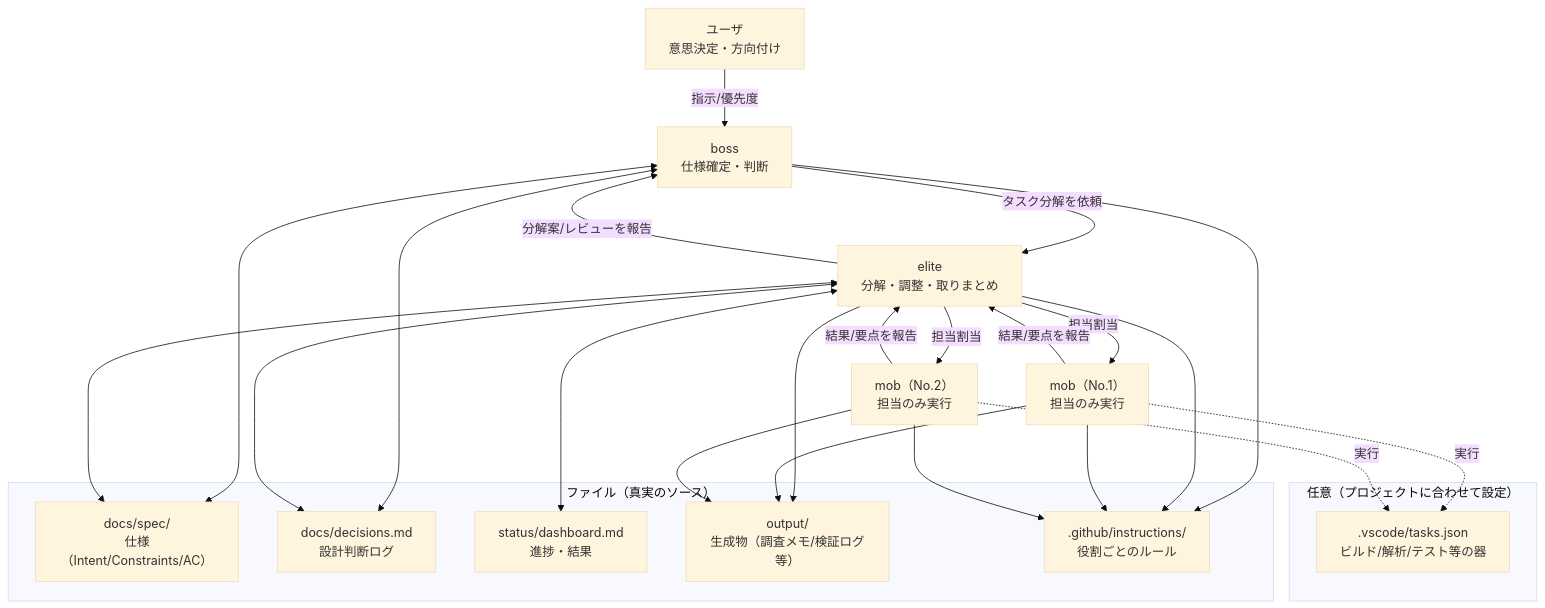
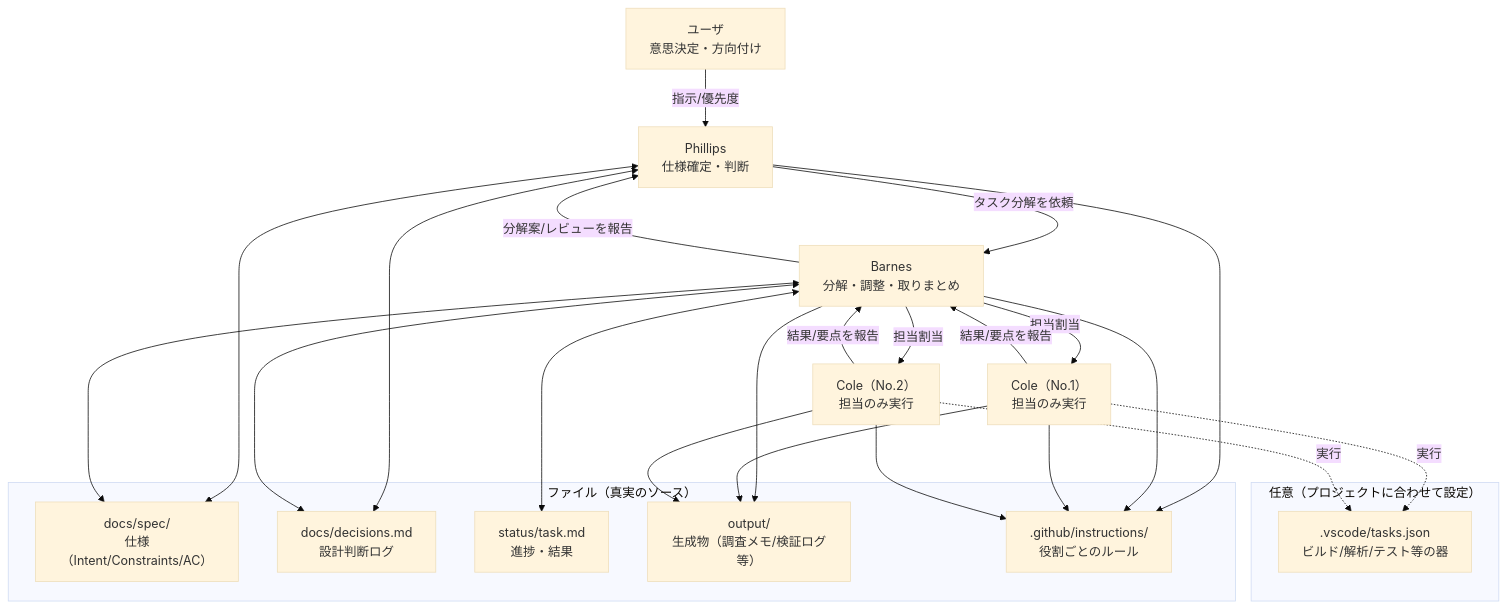
The diagram in README.md (Yosuke-Hayakawa/BaseSystem_YpVer), drawn with Mermaid (base theme) before and after one commit. The commit also changed other lines of this file and 47 other files, not shown here.

First line of the commit message:
refactor: boss/elite/mob体制をIMF 4エージェント体制(Phillips/Cole/Barnes/Volkova)に全面移行

````diff
--- a/README.md
+++ b/README.md
@@ -15,37 +15,37 @@
 ```mermaid
 flowchart TB
-	U[ユーザ\n意思決定・方向付け] -->|指示/優先度| S[boss\n仕様確定・判断]
-	S -->|タスク分解を依頼| K[elite\n分解・調整・取りまとめ]
-	K -->|担当割当| A1[mob（No.1）\n担当のみ実行]
-	K -->|担当割当| A2[mob（No.2）\n担当のみ実行]
+	U[ユーザ\n意思決定・方向付け] -->|指示/優先度| S[Phillips\n仕様確定・判断]
+	S -->|タスク分解を依頼| K[Barnes\n分解・調整・取りまとめ]
+	K -->|担当割当| A1[Cole（No.1）\n担当のみ実行]
+	K -->|担当割当| A2[Cole（No.2）\n担当のみ実行]
 	A1 -->|結果/要点を報告| K
 	A2 -->|結果/要点を報告| K
 	K -->|分解案/レビューを報告| S
 
 	subgraph Files[ファイル（真実のソース）]
 		SPEC[docs/spec/\n仕様（Intent/Constraints/AC）]
 		DEC[docs/decisions.md\n設計判断ログ]
-		DASH[status/dashboard.md\n進捗・結果]
+		DASH[status/task.md\n進捗・結果]
 		OUT[output/\n生成物（調査メモ/検証ログ等）]
 		INS[.github/instructions/\n役割ごとのルール]
 	end
 
 	S <--> SPEC
 	K <--> SPEC
 	S <--> DEC
 	K <--> DEC
 	K <--> DASH
 	K --> OUT
 	A1 --> OUT
 	A2 --> OUT
 	S --> INS
 	K --> INS
 	A1 --> INS
 	A2 --> INS
 
 	subgraph Optional[任意（プロジェクトに合わせて設定）]
 		T[.vscode/tasks.json\nビルド/解析/テスト等の器]
 	end
 	A1 -. 実行 .-> T
 	A2 -. 実行 .-> T
 ```
````
